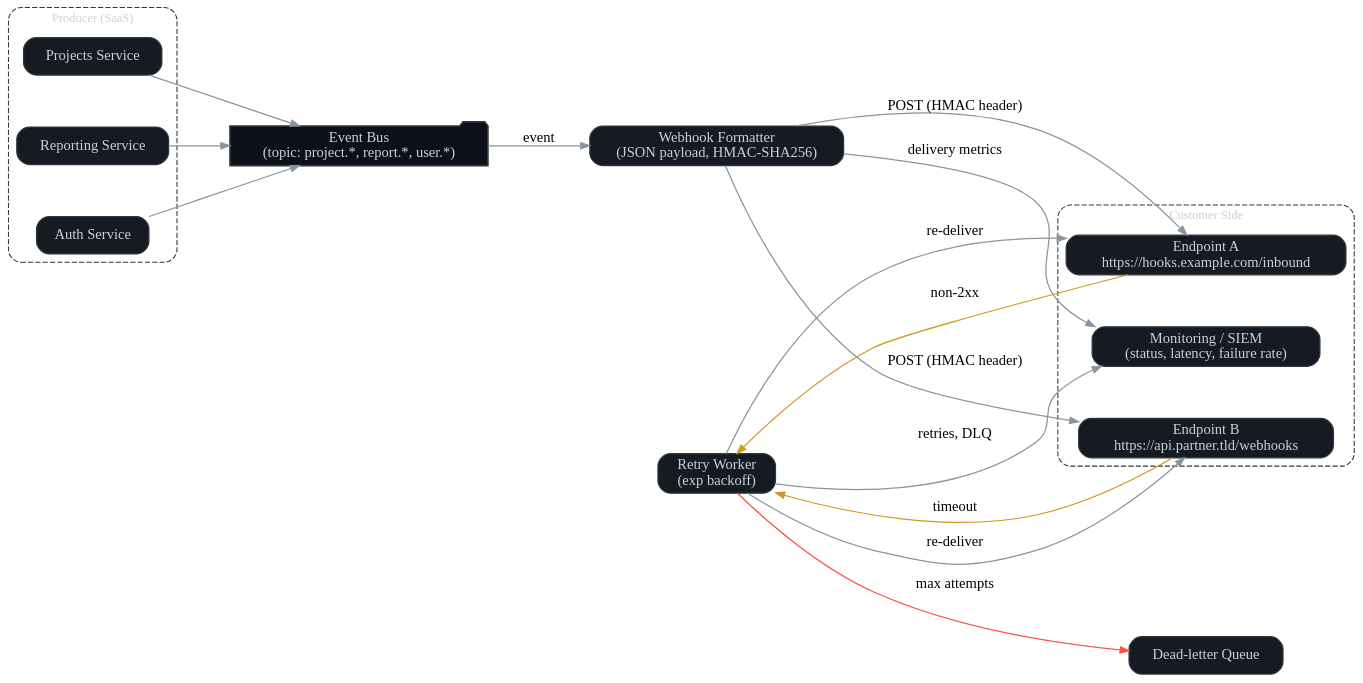
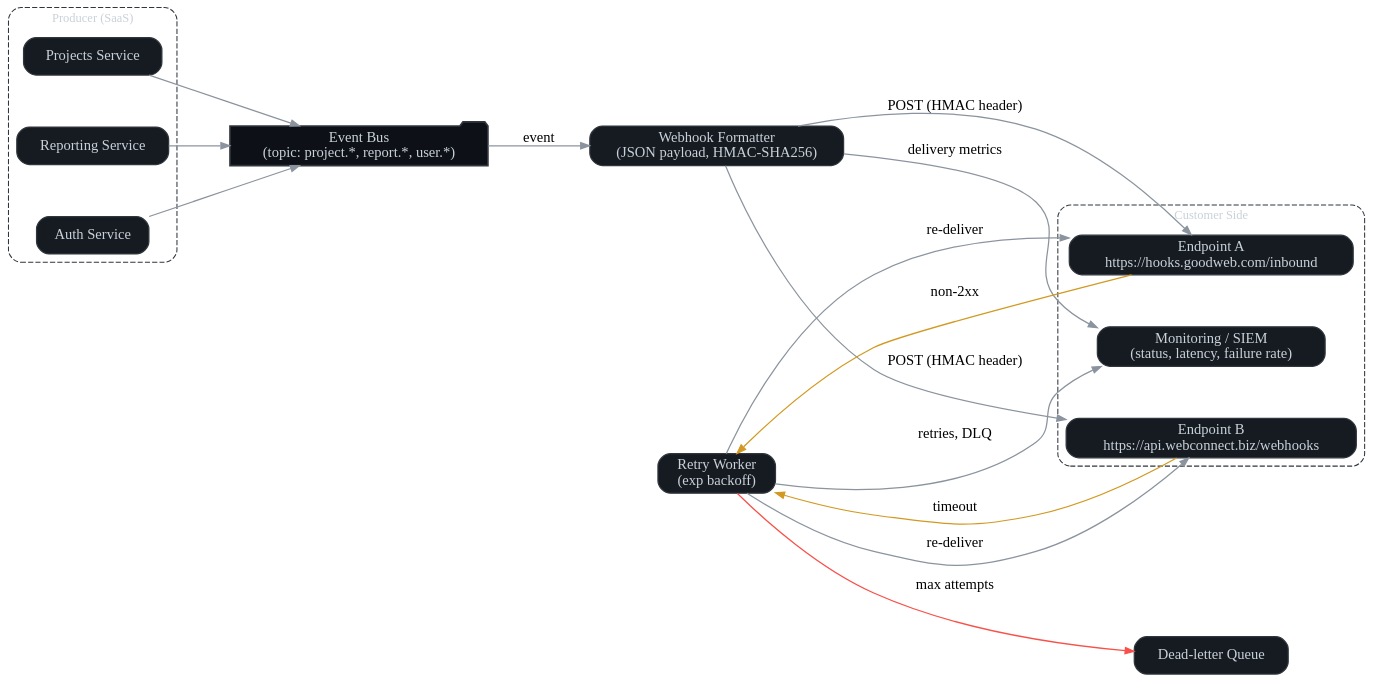
Before and after one commit to KorayErkan/tw-portfolio: the diagram in software-guides/maintenance-troubleshooting.md, drawn with Graphviz. The commit also changed other lines of this file, not shown here.

Commit message:
update: Replace author name and company branding in maintenance doc
- Author: Koray Erkan → John Saysitall
- API domain: acmecloud.example → cloudflow.goodweb.com
- Webhook endpoints updated with imaginary company domains

🤖 Generated with [Claude Code](https://claude.ai/code)

````diff
--- a/software-guides/maintenance-troubleshooting.md
+++ b/software-guides/maintenance-troubleshooting.md
@@ -29,48 +29,48 @@
 ```graphviz
 // webhooks-eventing-topology.dot
 digraph G {
   graph [rankdir=LR, splines=true, bgcolor="transparent", nodesep=0.7, ranksep=0.8];
   node  [shape=rounded, style="filled,rounded", fillcolor="#161b22", color="#30363d", fontcolor="#c9d1d9", penwidth=1.2];
   edge  [color="#8b949e", arrowsize=0.85, penwidth=1.2];
 
   subgraph cluster_prod {
     label="Producer (SaaS)";
     labelloc="t"; fontsize=12;
     color="#30363d"; fontcolor="#c9d1d9"; style="rounded,dashed";
     svc1 [label="Projects Service"];
     svc2 [label="Reporting Service"];
     svc3 [label="Auth Service"];
   }
 
   bus   [label="Event Bus\n(topic: project.*, report.*, user.*)", shape=folder, fillcolor="#0d1117", penwidth=1.6];
   xform [label="Webhook Formatter\n(JSON payload, HMAC-SHA256)"];
   retry [label="Retry Worker\n(exp backoff)"];
   dlq   [label="Dead-letter Queue"];
 
   subgraph cluster_cust {
     label="Customer Side";
     labelloc="t"; fontsize=12;
     color="#30363d"; fontcolor="#c9d1d9"; style="rounded,dashed";
-    wh1 [label="Endpoint A\nhttps://hooks.example.com/inbound"];
-    wh2 [label="Endpoint B\nhttps://api.partner.tld/webhooks"];
+    wh1 [label="Endpoint A\nhttps://hooks.goodweb.com/inbound"];
+    wh2 [label="Endpoint B\nhttps://api.webconnect.biz/webhooks"];
     mon [label="Monitoring / SIEM\n(status, latency, failure rate)"];
   }
 
   // flows
   svc1 -> bus; svc2 -> bus; svc3 -> bus;
   bus  -> xform [label="event"];
   xform -> wh1  [label="POST (HMAC header)"];
   xform -> wh2  [label="POST (HMAC header)"];
 
   // retry paths on non-2xx
   wh1 -> retry [label="non-2xx", color="#d29922"];
   wh2 -> retry [label="timeout", color="#d29922"];
   retry -> wh1  [label="re-deliver"];
   retry -> wh2  [label="re-deliver"];
   retry -> dlq  [label="max attempts", color="#f85149"];
 
   // observability
   xform -> mon  [label="delivery metrics"];
   retry -> mon  [label="retries, DLQ"];
 }
 ```
````
